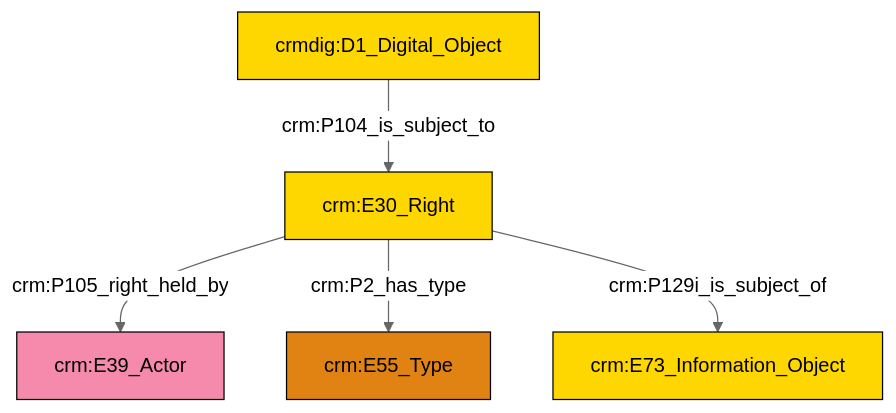
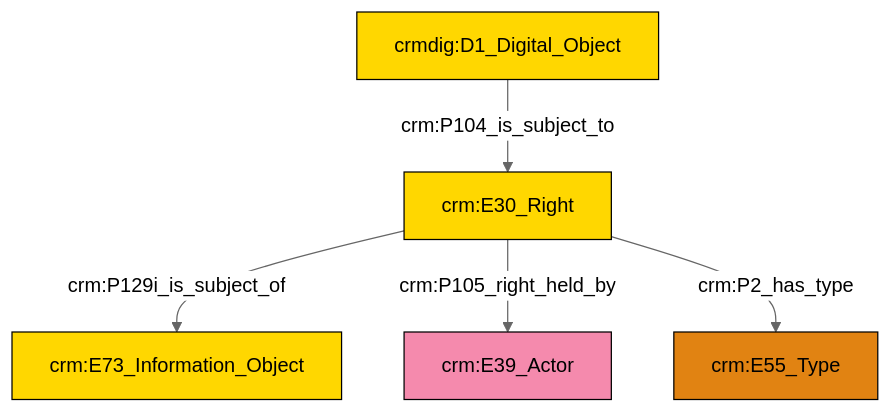
The diagram in et/doCSV/ttl/mmd/do_rights.ttl.mmd (swiss-art-research-net/docs.swissartresearch), drawn with Mermaid (neutral theme) before and after one commit. The commit also changed 177 other files, not shown here.

```diff
--- a/et/doCSV/ttl/mmd/do_rights.ttl.mmd
+++ b/et/doCSV/ttl/mmd/do_rights.ttl.mmd
@@ -1,19 +1,19 @@
 graph TD
 classDef Literal fill:#f2f2f2,stroke:#000000;
 classDef CRM_Entity fill:#FFFFFF,stroke:#000000;
 classDef Temporal_Entity fill:#00C9E6, stroke:#000000;
 classDef Type fill:#E18312, stroke:#000000;
 classDef Time-Span fill:#2C9C91, stroke:#000000;
 classDef Appellation fill:#FFEB7F, stroke:#000000;
 classDef Place fill:#008836, stroke:#000000;
 classDef Persistent_Item fill:#B266B2, stroke:#000000;
 classDef Conceptual_Object fill:#FFD700, stroke:#000000;
 classDef Physical_Thing fill:#D2B48C, stroke:#000000;
 classDef Actor fill:#f58aad, stroke:#000000;
 classDef PC_Classes fill:#4ce600, stroke:#000000;
 classDef Multi fill:#cccccc,stroke:#000000;
 
-2["crmdig:D1_Digital_Object"]:::Conceptual_Object -->|crm:P104_is_subject_to| 4["crm:E30_Right"]:::Conceptual_Object
-4["crm:E30_Right"]:::Conceptual_Object -->|crm:P105_right_held_by| 0["crm:E39_Actor"]:::Actor
-4["crm:E30_Right"]:::Conceptual_Object -->|crm:P2_has_type| 5["crm:E55_Type"]:::Type
-4["crm:E30_Right"]:::Conceptual_Object -->|crm:P129i_is_subject_of| 6["crm:E73_Information_Object"]:::Conceptual_Object
+0["crm:E30_Right"]:::Conceptual_Object -->|crm:P129i_is_subject_of| 2["crm:E73_Information_Object"]:::Conceptual_Object
+0["crm:E30_Right"]:::Conceptual_Object -->|crm:P105_right_held_by| 6["crm:E39_Actor"]:::Actor
+3["crmdig:D1_Digital_Object"]:::Conceptual_Object -->|crm:P104_is_subject_to| 0["crm:E30_Right"]:::Conceptual_Object
+0["crm:E30_Right"]:::Conceptual_Object -->|crm:P2_has_type| 7["crm:E55_Type"]:::Type
```
